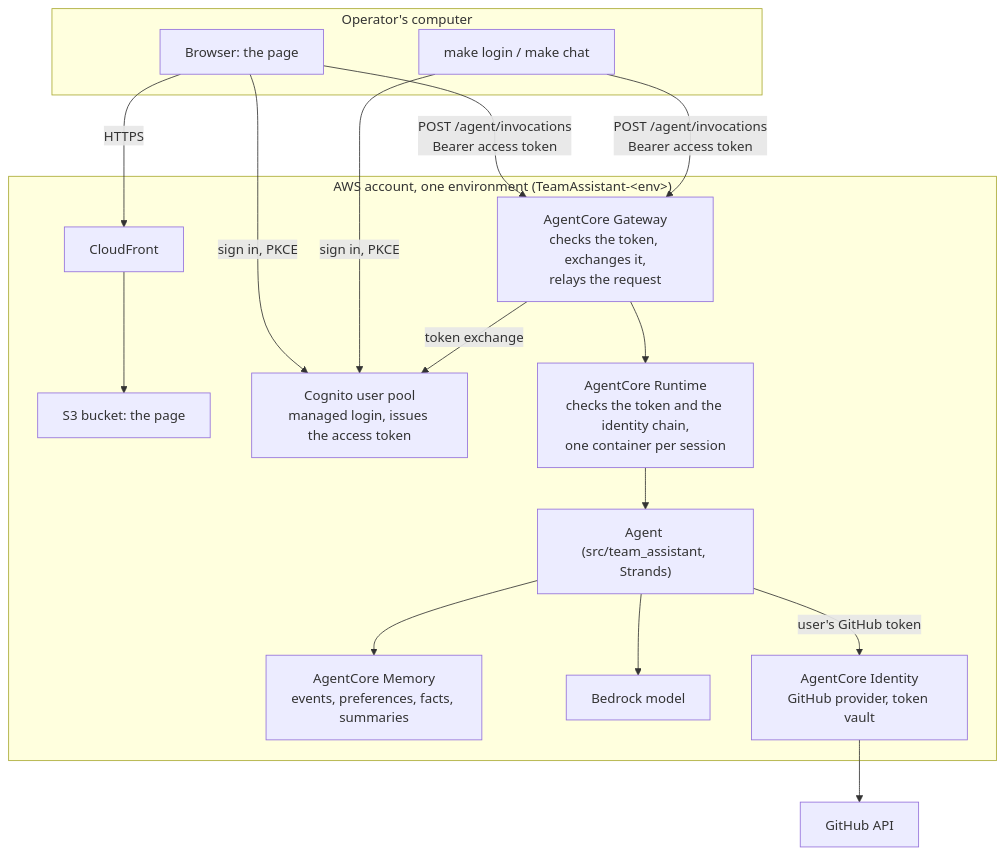
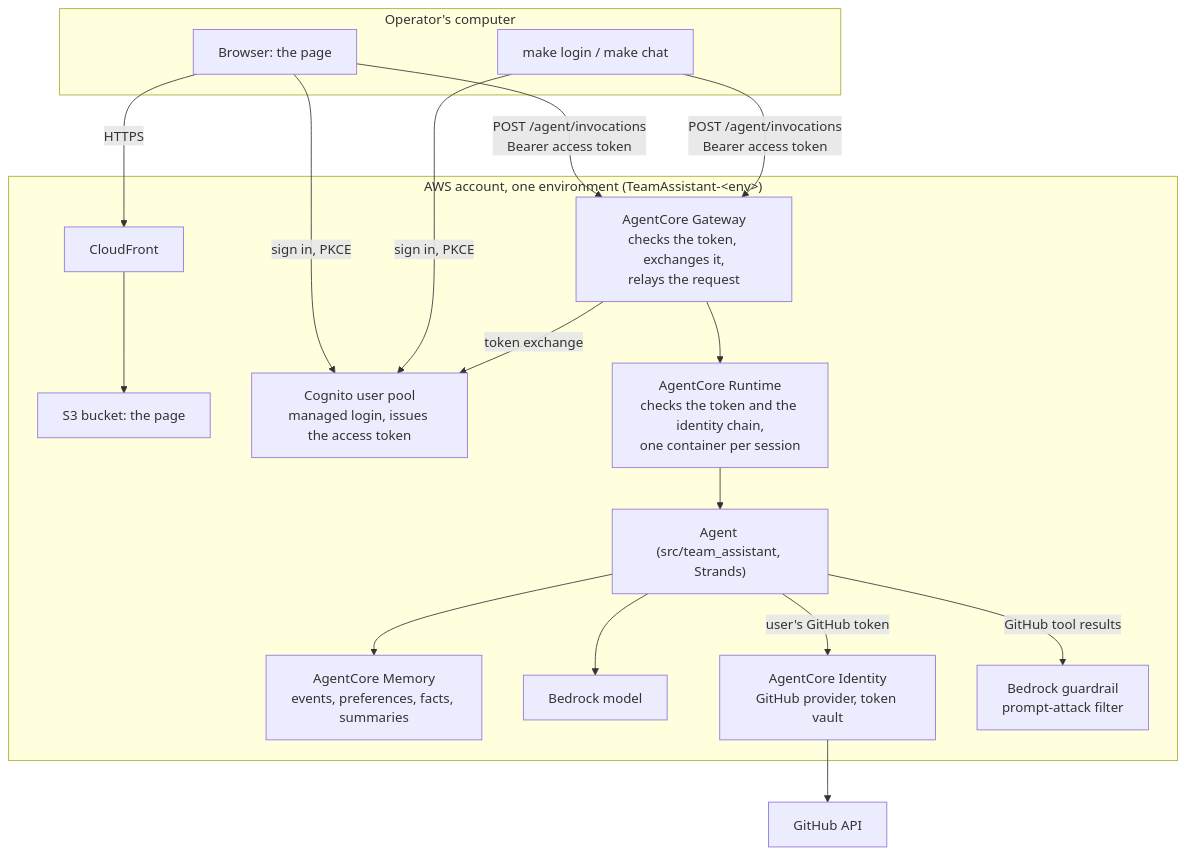
One commit to jzubielik/team-assistant changed the diagram in docs/architecture.md. Above: the diagram before and after it, drawn with Mermaid. The commit also changed other lines of this file and 67 other files, not shown here.

````diff
--- a/docs/architecture.md
+++ b/docs/architecture.md
@@ -5,30 +5,32 @@
 ```mermaid
 flowchart TB
     subgraph client["Operator's computer"]
         browser["Browser: the page"]
         cli["make login / make chat"]
     end
     subgraph aws["AWS account, one environment (TeamAssistant-&lt;env&gt;)"]
         cf["CloudFront"] --> s3["S3 bucket: the page"]
         cognito["Cognito user pool<br/>managed login, issues the access token"]
         gw["AgentCore Gateway<br/>checks the token, exchanges it,<br/>relays the request"]
         rt["AgentCore Runtime<br/>checks the token and the identity chain,<br/>one container per session"]
         agent["Agent (src/team_assistant, Strands)"]
         mem["AgentCore Memory<br/>events, preferences, facts, summaries"]
         model["Bedrock model"]
         idn["AgentCore Identity<br/>GitHub provider, token vault"]
+        guard["Bedrock guardrail<br/>prompt-attack filter"]
     end
     github["GitHub API"]
 
     browser -->|HTTPS| cf
     browser -->|sign in, PKCE| cognito
     cli -->|sign in, PKCE| cognito
     browser -->|"POST /agent/invocations<br/>Bearer access token"| gw
     cli -->|"POST /agent/invocations<br/>Bearer access token"| gw
     gw -->|token exchange| cognito
     gw --> rt --> agent
     agent --> mem
     agent --> model
     agent -->|user's GitHub token| idn
+    agent -->|GitHub tool results| guard
     idn --> github
 ```
````
